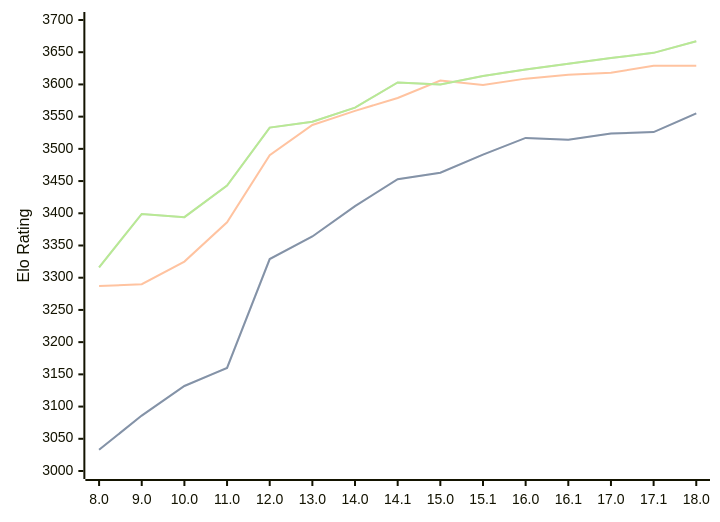
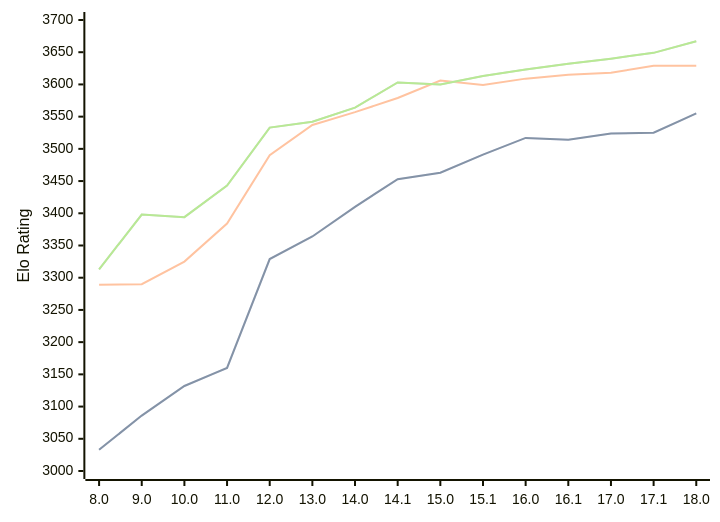
The diagram in engines/Stockfish.md (computer-chess-index/cci), drawn with Mermaid before and after one commit. The commit also changed other lines of this file, not shown here.

Commit message:
Update CCI Ratings (ELO VLTC) - 2026-03-03

````diff
--- a/engines/Stockfish.md
+++ b/engines/Stockfish.md
@@ -44,11 +44,11 @@
 ```mermaid
 %%{init: {"theme":"base","themeVariables":{"seriesColors:['#a3a3a3','#222221','#faa371']}}}%%
 xychart-beta
   x-axis ["8.0", "9.0", "10.0", "11.0", "12.0", "13.0", "14.0", "14.1", "15.0", "15.1", "16.0", "16.1", "17.0", "17.1", "18.0"]
   y-axis "Elo Rating" 3000 --> 3700
-  line "STC (8.0+0.08s)" [3033, 3086, 3132, 3160, 3329, 3364, 3411, 3453, 3463, 3491, 3517, 3514, 3524, 3526, 3555]
-  line "STC (8.0+0.08s)" [3033, 3086, 3132, 3160, 3329, 3364, 3411, 3453, 3463, 3491, 3517, 3514, 3524, 3526, 3555]
-  line "LTC (60.0+0.60s)" [3287, 3290, 3325, 3386, 3490, 3537, 3559, 3579, 3606, 3599, 3609, 3615, 3618, 3629, 3629]
-  line "VLTC (2m24s+1.12s)" [3316, 3399, 3394, 3443, 3533, 3542, 3564, 3603, 3600, 3613, 3623, 3632, 3641, 3649, 3667]
-  line "VLTC (2m24s+1.12s)" [3316, 3399, 3394, 3443, 3533, 3542, 3564, 3603, 3600, 3613, 3623, 3632, 3641, 3649, 3667]
+  line "STC (8.0+0.08s)" [3033, 3086, 3132, 3160, 3329, 3364, 3410, 3453, 3463, 3491, 3517, 3514, 3524, 3525, 3555]
+  line "STC (8.0+0.08s)" [3033, 3086, 3132, 3160, 3329, 3364, 3410, 3453, 3463, 3491, 3517, 3514, 3524, 3525, 3555]
+  line "LTC (60.0+0.60s)" [3289, 3290, 3325, 3384, 3490, 3537, 3557, 3579, 3606, 3599, 3609, 3615, 3618, 3629, 3629]
+  line "VLTC (2m24s+1.12s)" [3313, 3398, 3394, 3443, 3533, 3542, 3564, 3603, 3600, 3613, 3623, 3632, 3640, 3649, 3667]
+  line "VLTC (2m24s+1.12s)" [3313, 3398, 3394, 3443, 3533, 3542, 3564, 3603, 3600, 3613, 3623, 3632, 3640, 3649, 3667]
 ```
````
